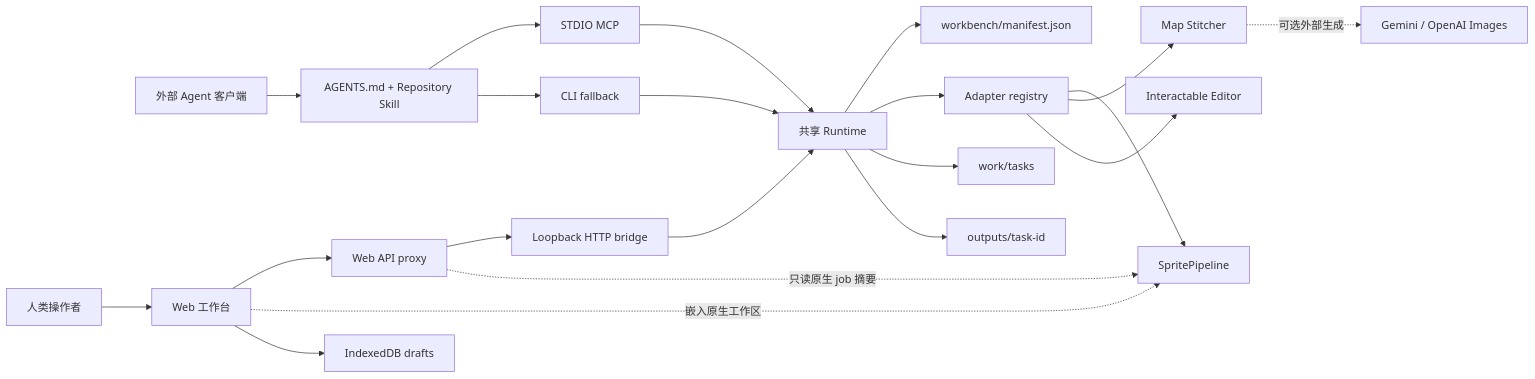
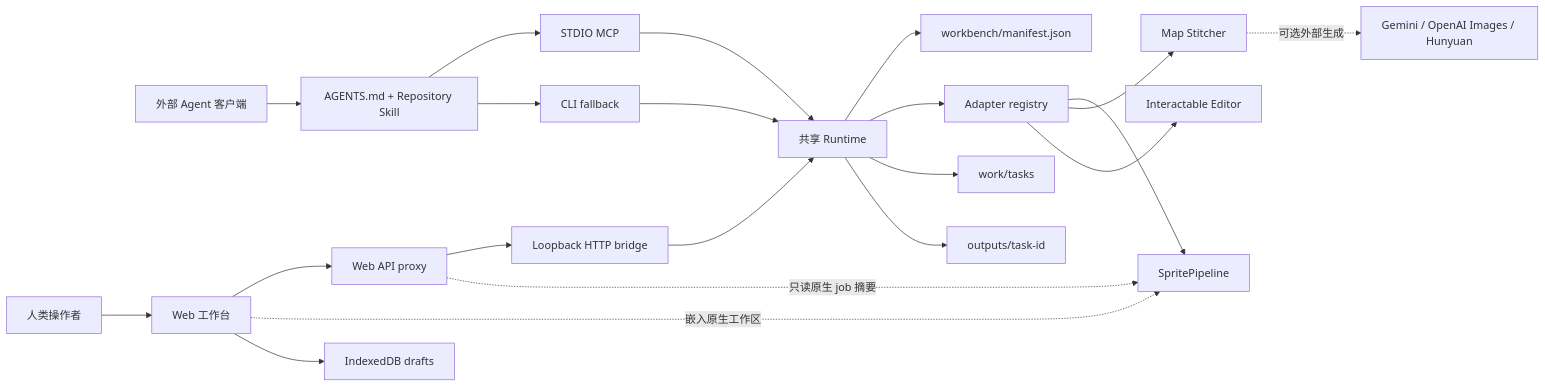
One commit to aaaarthur666-design/2DGameDevWorkbench changed the diagram in docs/architecture.md. Above: the diagram before and after it, drawn with Mermaid. The commit also changed other lines of this file and 77 other files, not shown here.

````diff
--- a/docs/architecture.md
+++ b/docs/architecture.md
@@ -16,23 +16,23 @@
 ```mermaid
 flowchart LR
     A[外部 Agent 客户端] --> I[AGENTS.md + Repository Skill]
     I --> M[STDIO MCP]
     I --> C[CLI fallback]
     H[人类操作者] --> W[Web 工作台]
     W --> P[Web API proxy]
     M --> R[共享 Runtime]
     C --> R
     P --> B[Loopback HTTP bridge]
     B --> R
     R --> F[workbench/manifest.json]
     R --> X[Adapter registry]
     X --> S[SpritePipeline]
     X --> T[Map Stitcher]
     X --> O[Interactable Editor]
-    T -.可选外部生成.-> E[Gemini / OpenAI Images]
+    T -.可选外部生成.-> E[Gemini / OpenAI Images / Hunyuan]
     R --> Q[work/tasks]
     R --> U[outputs/task-id]
     P -.只读原生 job 摘要.-> S
     W -.嵌入原生工作区.-> S
     W --> D[IndexedDB drafts]
 ```
````
